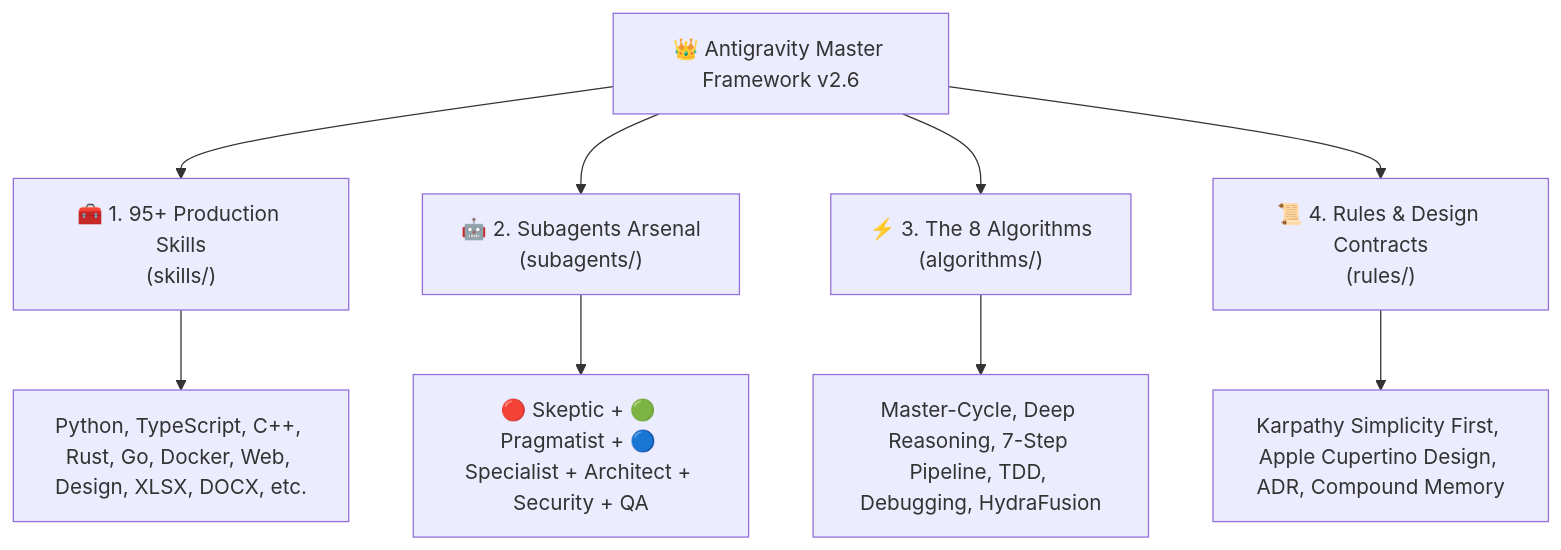
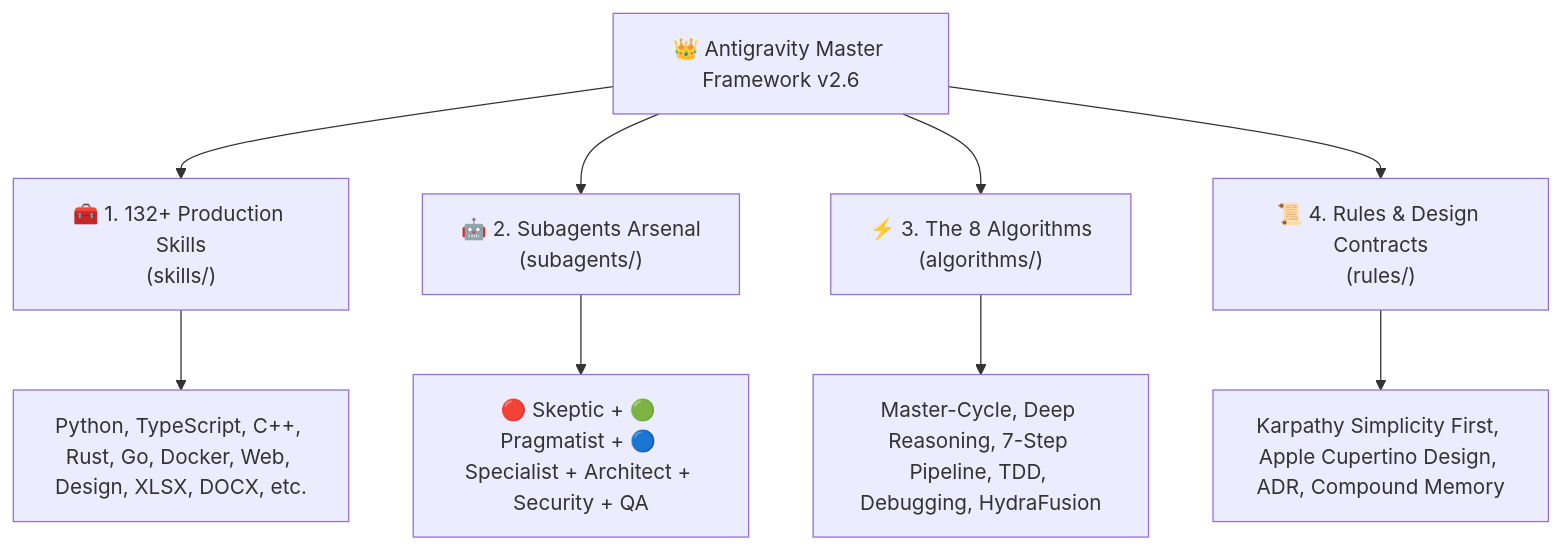
One commit to MortuisVMain/antigravity-master-framework changed the first of 2 diagrams in README.md. Above: the diagram before and after it, drawn with Mermaid. The commit also changed other lines of this file and 101 other files, not shown here.

````diff
--- a/README.md
+++ b/README.md
@@ -16,12 +16,12 @@
 ```mermaid
 flowchart TD
-    Hub["👑 Antigravity Master Framework v2.6"] --> S["🧰 1. 95+ Production Skills<br/>(skills/)"]
+    Hub["👑 Antigravity Master Framework v2.6"] --> S["🧰 1. 132+ Production Skills<br/>(skills/)"]
     Hub --> A["🤖 2. Subagents Arsenal<br/>(subagents/)"]
     Hub --> Alg["⚡ 3. The 8 Algorithms<br/>(algorithms/)"]
     Hub --> R["📜 4. Rules & Design Contracts<br/>(rules/)"]
 
     S --> S1["Python, TypeScript, C++, Rust, Go, Docker, Web, Design, XLSX, DOCX, etc."]
     A --> A1["🔴 Skeptic + 🟢 Pragmatist + 🔵 Specialist + Architect + Security + QA"]
     Alg --> Alg1["Master-Cycle, Deep Reasoning, 7-Step Pipeline, TDD, Debugging, HydraFusion"]
     R --> R1["Karpathy Simplicity First, Apple Cupertino Design, ADR, Compound Memory"]
 ```
````
